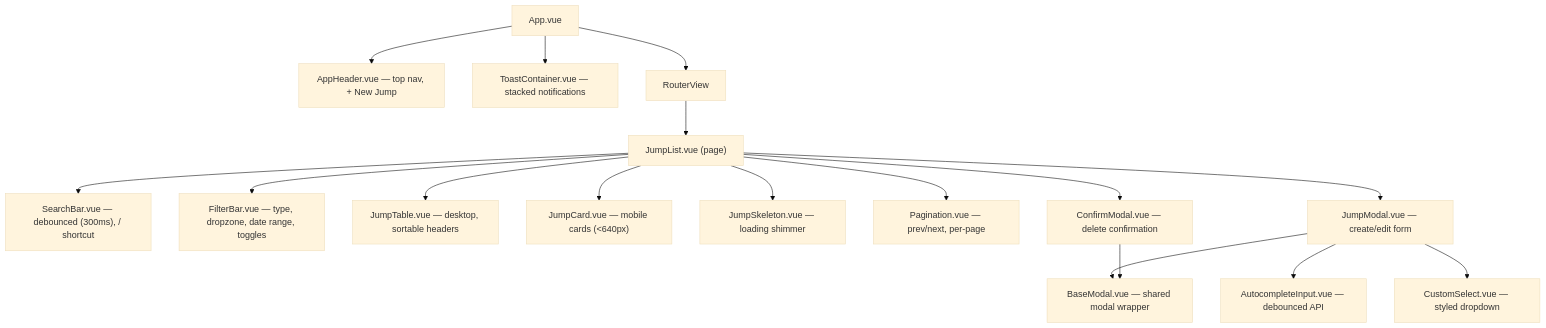
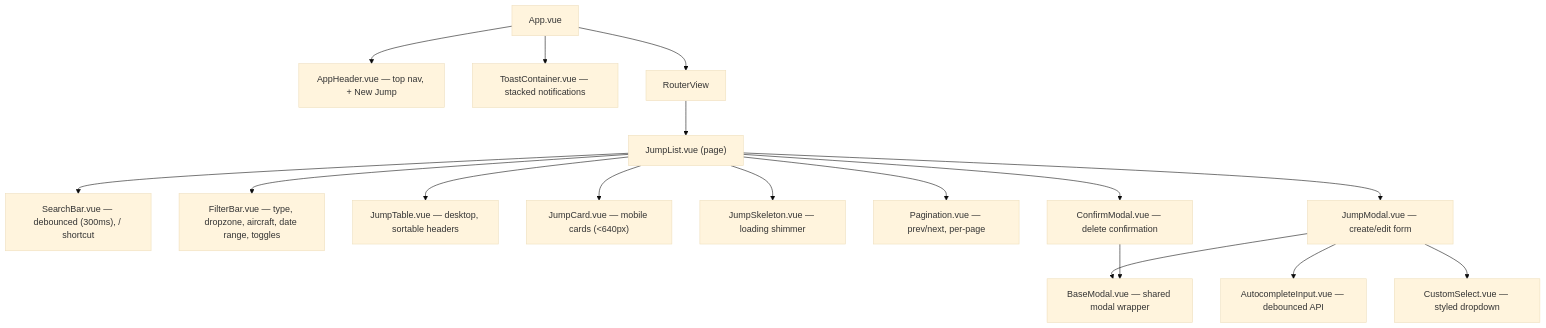
Before and after one commit to camathieu/skybook: the diagram in webapp/ARCHITECTURE.md, drawn with Mermaid (base theme). The commit also changed other lines of this file and 4 other files, not shown here.

First line of the commit message:
fix(stores): wire aircraft filter through URL query params

````diff
--- a/webapp/ARCHITECTURE.md
+++ b/webapp/ARCHITECTURE.md
@@ -74,23 +74,23 @@
 ```mermaid
 graph TD
     App["App.vue"]
     App --> Header["AppHeader.vue — top nav, + New Jump"]
     App --> Toast["ToastContainer.vue — stacked notifications"]
     App --> Router["RouterView"]
 
     Router --> JumpList["JumpList.vue (page)"]
 
     JumpList --> SearchBar["SearchBar.vue — debounced (300ms), / shortcut"]
-    JumpList --> FilterBar["FilterBar.vue — type, dropzone, date range, toggles"]
+    JumpList --> FilterBar["FilterBar.vue — type, dropzone, aircraft, date range, toggles"]
     JumpList --> JumpTable["JumpTable.vue — desktop, sortable headers"]
     JumpList --> JumpCard["JumpCard.vue — mobile cards (<640px)"]
     JumpList --> JumpSkeleton["JumpSkeleton.vue — loading shimmer"]
     JumpList --> Pagination["Pagination.vue — prev/next, per-page"]
     JumpList --> JumpModal["JumpModal.vue — create/edit form"]
     JumpList --> ConfirmModal["ConfirmModal.vue — delete confirmation"]
 
     JumpModal --> BaseModal["BaseModal.vue — shared modal wrapper"]
     JumpModal --> Autocomplete["AutocompleteInput.vue — debounced API"]
     JumpModal --> CustomSelect["CustomSelect.vue — styled dropdown"]
     ConfirmModal --> BaseModal
 ```
````
